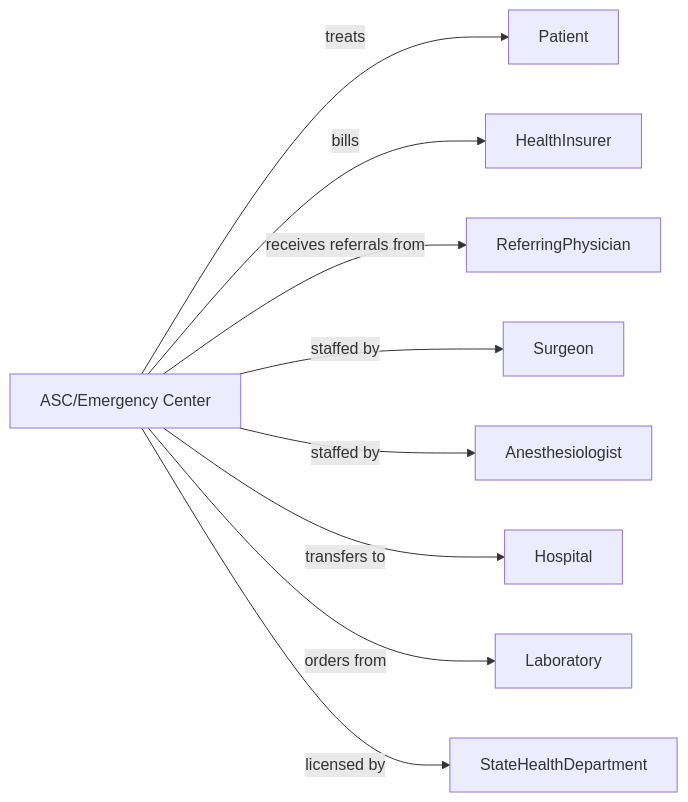
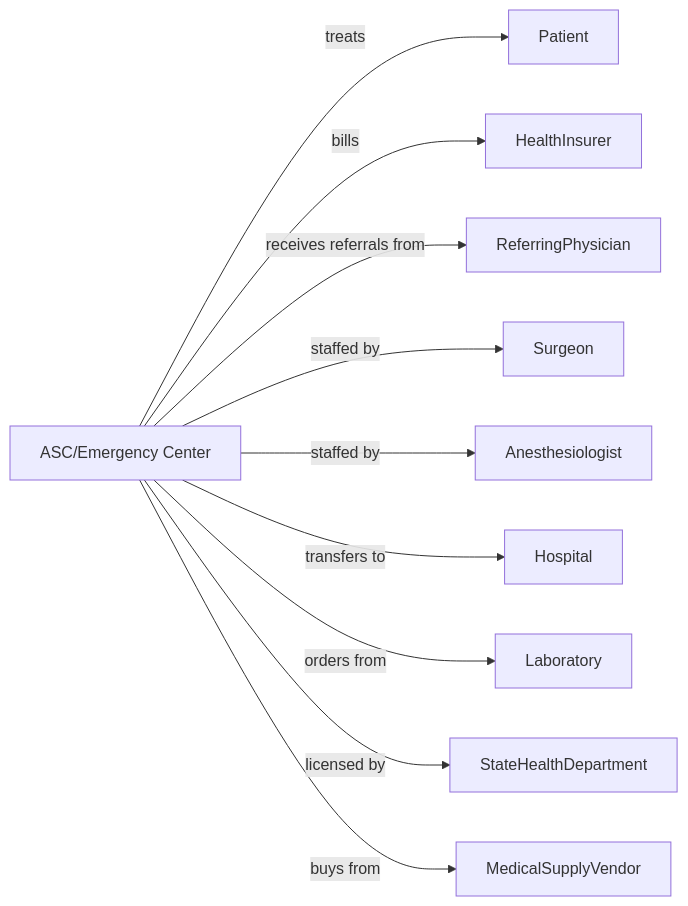
Before and after one commit to dot-org-ai/industries.org.ai: the second of 2 diagrams in HealthCare/AmbulatoryHealthCareServices/OutpatientCareCenters/FreestandingAmbulatorySurgicalAndEmergencyCenters.mdx, drawn with Mermaid. The commit also changed 588 other files, not shown here.

````diff
--- a/HealthCare/AmbulatoryHealthCareServices/OutpatientCareCenters/FreestandingAmbulatorySurgicalAndEmergencyCenters.mdx
+++ b/HealthCare/AmbulatoryHealthCareServices/OutpatientCareCenters/FreestandingAmbulatorySurgicalAndEmergencyCenters.mdx
@@ -140,13 +140,14 @@
 ```mermaid
 graph LR
     A[ASC/Emergency Center]
 
     A -->|treats| Patient
     A -->|bills| HealthInsurer
     A -->|receives referrals from| ReferringPhysician
     A -->|staffed by| Surgeon
     A -->|staffed by| Anesthesiologist
     A -->|transfers to| Hospital
     A -->|orders from| Laboratory
     A -->|licensed by| StateHealthDepartment
+    A -->|buys from| MedicalSupplyVendor
 ```
````
